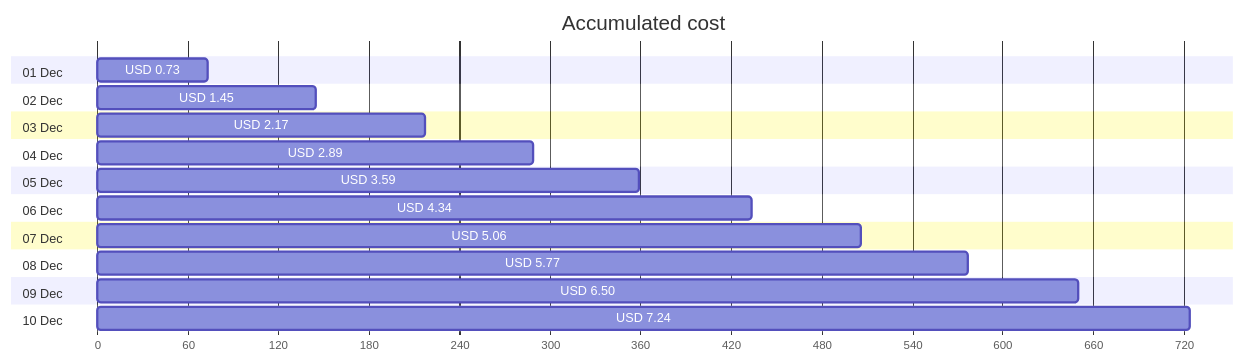
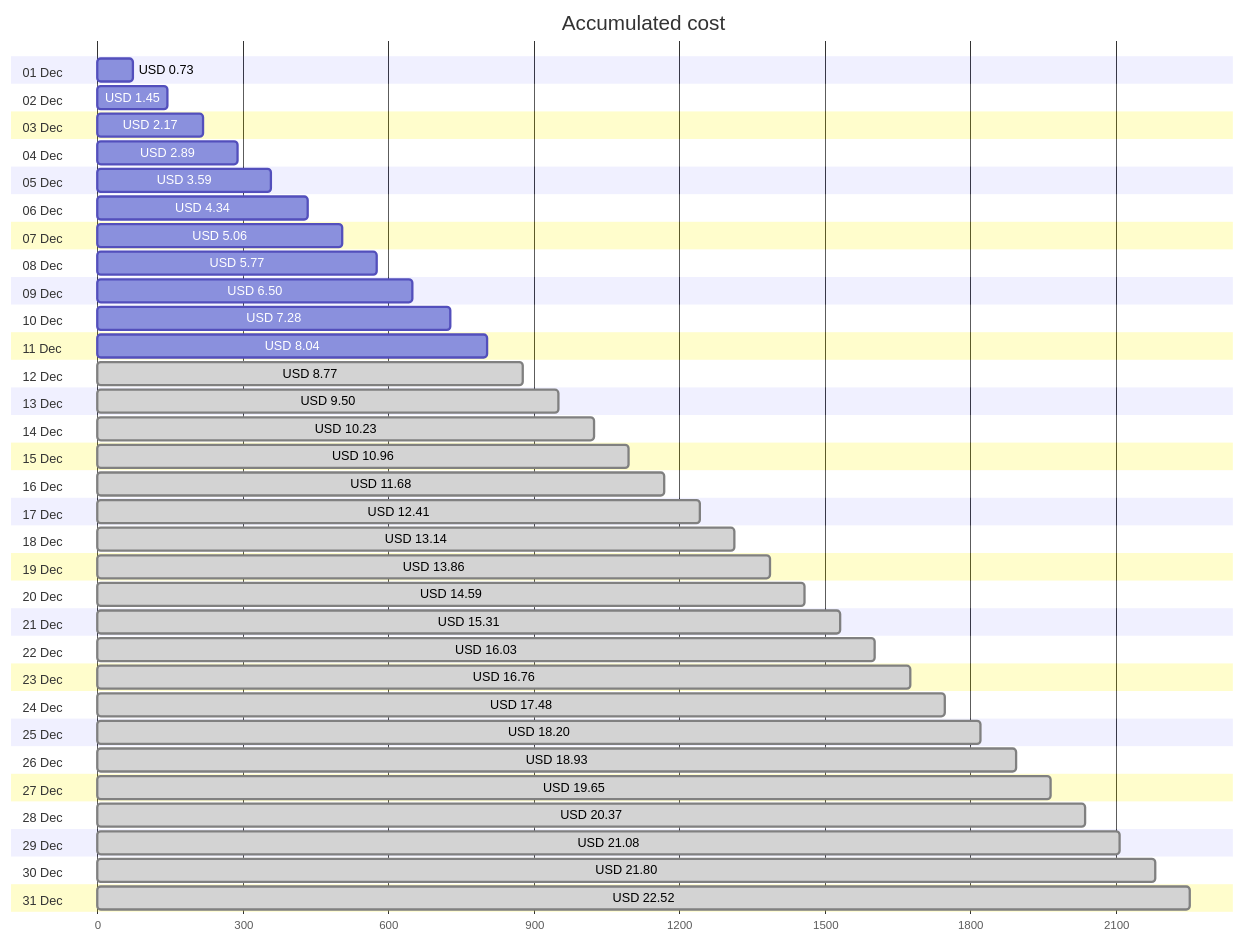
One commit to jpfulton/azure-personal-reports changed the first of 4 diagrams in cost-reports/personal-network/backup-server-data-disk.md. Above: the diagram before and after it, drawn with Mermaid. The commit also changed other lines of this file and 8 other files, not shown here.

````diff
--- a/cost-reports/personal-network/backup-server-data-disk.md
+++ b/cost-reports/personal-network/backup-server-data-disk.md
@@ -20,26 +20,68 @@
 ```mermaid
 gantt
    title Accumulated cost
    dateFormat  X
    axisFormat %s
    section 01 Dec
    USD 0.73 :0, 73
    section 02 Dec
    USD 1.45 :0, 145
    section 03 Dec
    USD 2.17 :0, 217
    section 04 Dec
    USD 2.89 :0, 289
    section 05 Dec
    USD 3.59 :0, 359
    section 06 Dec
    USD 4.34 :0, 434
    section 07 Dec
    USD 5.06 :0, 506
    section 08 Dec
    USD 5.77 :0, 577
    section 09 Dec
    USD 6.50 :0, 650
    section 10 Dec
-   USD 7.24 :0, 724
+   USD 7.28 :0, 728
+   section 11 Dec
+   USD 8.04 :0, 804
+   section 12 Dec
+   USD 8.77 : done, 0, 877
+   section 13 Dec
+   USD 9.50 : done, 0, 950
+   section 14 Dec
+   USD 10.23 : done, 0, 1023
+   section 15 Dec
+   USD 10.96 : done, 0, 1096
+   section 16 Dec
+   USD 11.68 : done, 0, 1168
+   section 17 Dec
+   USD 12.41 : done, 0, 1241
+   section 18 Dec
+   USD 13.14 : done, 0, 1314
+   section 19 Dec
+   USD 13.86 : done, 0, 1386
+   section 20 Dec
+   USD 14.59 : done, 0, 1459
+   section 21 Dec
+   USD 15.31 : done, 0, 1531
+   section 22 Dec
+   USD 16.03 : done, 0, 1603
+   section 23 Dec
+   USD 16.76 : done, 0, 1676
+   section 24 Dec
+   USD 17.48 : done, 0, 1748
+   section 25 Dec
+   USD 18.20 : done, 0, 1820
+   section 26 Dec
+   USD 18.93 : done, 0, 1893
+   section 27 Dec
+   USD 19.65 : done, 0, 1965
+   section 28 Dec
+   USD 20.37 : done, 0, 2037
+   section 29 Dec
+   USD 21.08 : done, 0, 2108
+   section 30 Dec
+   USD 21.80 : done, 0, 2180
+   section 31 Dec
+   USD 22.52 : done, 0, 2252
 ```
````
